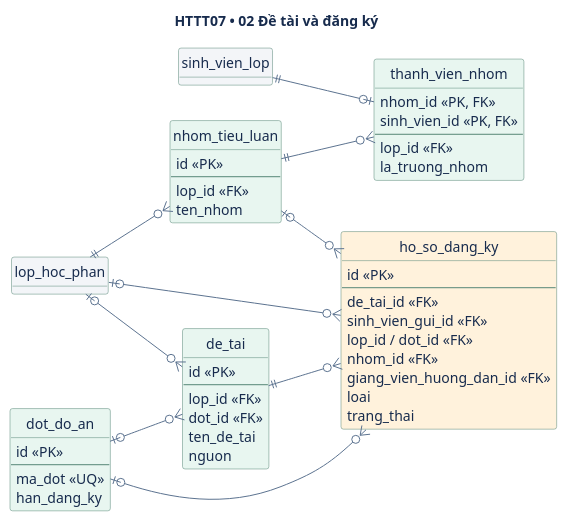
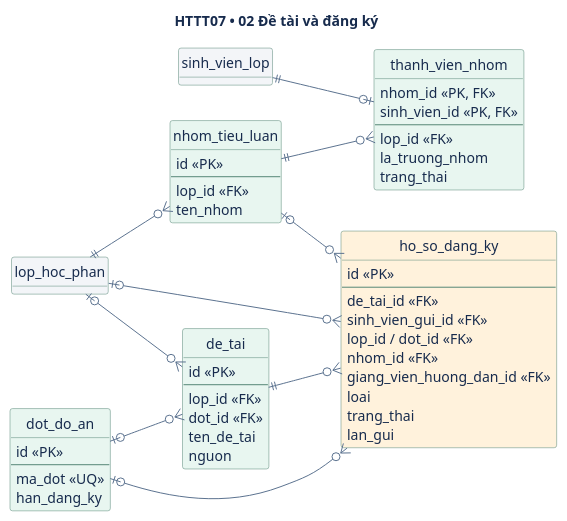
The second of 3 diagrams in 04-thiet-ke-co-so-du-lieu.md (lam-vu6868/HTQL_TieuLuan_DoAN), drawn with PlantUML before and after one commit. The commit also changed other lines of this file and 4 other files, not shown here.

````diff
--- a/04-thiet-ke-co-so-du-lieu.md
+++ b/04-thiet-ke-co-so-du-lieu.md
@@ -82,63 +82,65 @@
 ```plantuml
 @startuml
 title HTTT07 • 02 Đề tài và đăng ký
 left to right direction
 skinparam shadowing false
 skinparam defaultFontName SansSerif
 skinparam defaultFontColor #172B4D
 skinparam classBackgroundColor #E8F6F0
 skinparam classBorderColor #568776
 skinparam arrowColor #5C7390
 hide circle
 hide methods
 entity lop_hoc_phan #F3F5F8
 entity sinh_vien_lop #F3F5F8
 entity dot_do_an {
   id <<PK>>
   --
   ma_dot <<UQ>>
   han_dang_ky
 }
 entity nhom_tieu_luan {
   id <<PK>>
   --
   lop_id <<FK>>
   ten_nhom
 }
 entity thanh_vien_nhom {
   nhom_id <<PK, FK>>
   sinh_vien_id <<PK, FK>>
   --
   lop_id <<FK>>
   la_truong_nhom
+  trang_thai
 }
 entity de_tai {
   id <<PK>>
   --
   lop_id <<FK>>
   dot_id <<FK>>
   ten_de_tai
   nguon
 }
 entity ho_so_dang_ky #FFF2DC {
   id <<PK>>
   --
   de_tai_id <<FK>>
   sinh_vien_gui_id <<FK>>
   lop_id / dot_id <<FK>>
   nhom_id <<FK>>
   giang_vien_huong_dan_id <<FK>>
   loai
   trang_thai
+  lan_gui
 }
 lop_hoc_phan ||--o{ nhom_tieu_luan
 nhom_tieu_luan ||--o{ thanh_vien_nhom
 sinh_vien_lop ||--o| thanh_vien_nhom
 lop_hoc_phan |o--o{ de_tai
 dot_do_an |o--o{ de_tai
 de_tai ||--o{ ho_so_dang_ky
 lop_hoc_phan |o--o{ ho_so_dang_ky
 dot_do_an |o--o{ ho_so_dang_ky
 nhom_tieu_luan |o--o{ ho_so_dang_ky
 @enduml
 ```
````
